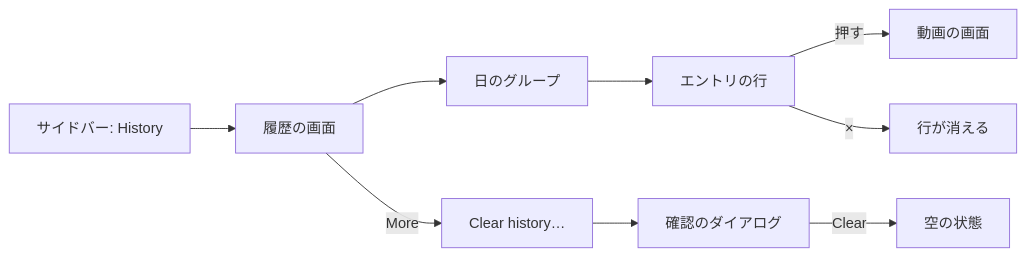
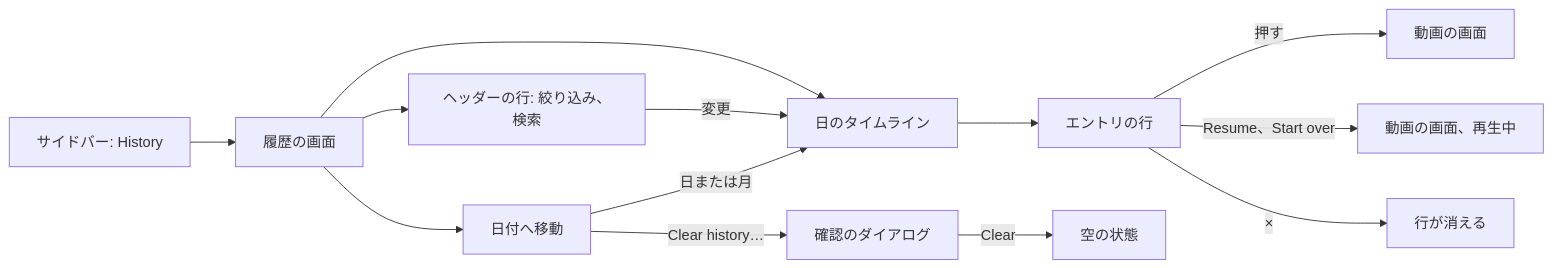
Before and after one commit to syudead/vv: the first of 3 diagrams in translations/ja/specs/043-watch-history/ui-design.md, drawn with Mermaid. The commit also changed other lines of this file, not shown here.

First line of the commit message:
Translate the revised watch-history UI design into Japanese (#792)

````diff
--- a/translations/ja/specs/043-watch-history/ui-design.md
+++ b/translations/ja/specs/043-watch-history/ui-design.md
@@ -27,11 +32,15 @@
 ```mermaid
 flowchart LR
   side[サイドバー: History] --> page[履歴の画面]
-  page --> day[日のグループ]
-  day --> row[エントリの行]
+  page --> header[ヘッダーの行: 絞り込み、検索]
+  page --> timeline[日のタイムライン]
+  page --> jump[日付へ移動]
+  header -->|変更| timeline
+  jump -->|日または月| timeline
+  timeline --> row[エントリの行]
   row -->|押す| video[動画の画面]
+  row -->|Resume、Start over| play[動画の画面、再生中]
   row -->|×| gone[行が消える]
-  page -->|More| menu[Clear history…]
-  menu --> confirm[確認のダイアログ]
+  jump -->|Clear history…| confirm[確認のダイアログ]
   confirm -->|Clear| empty[空の状態]
 ```
````
